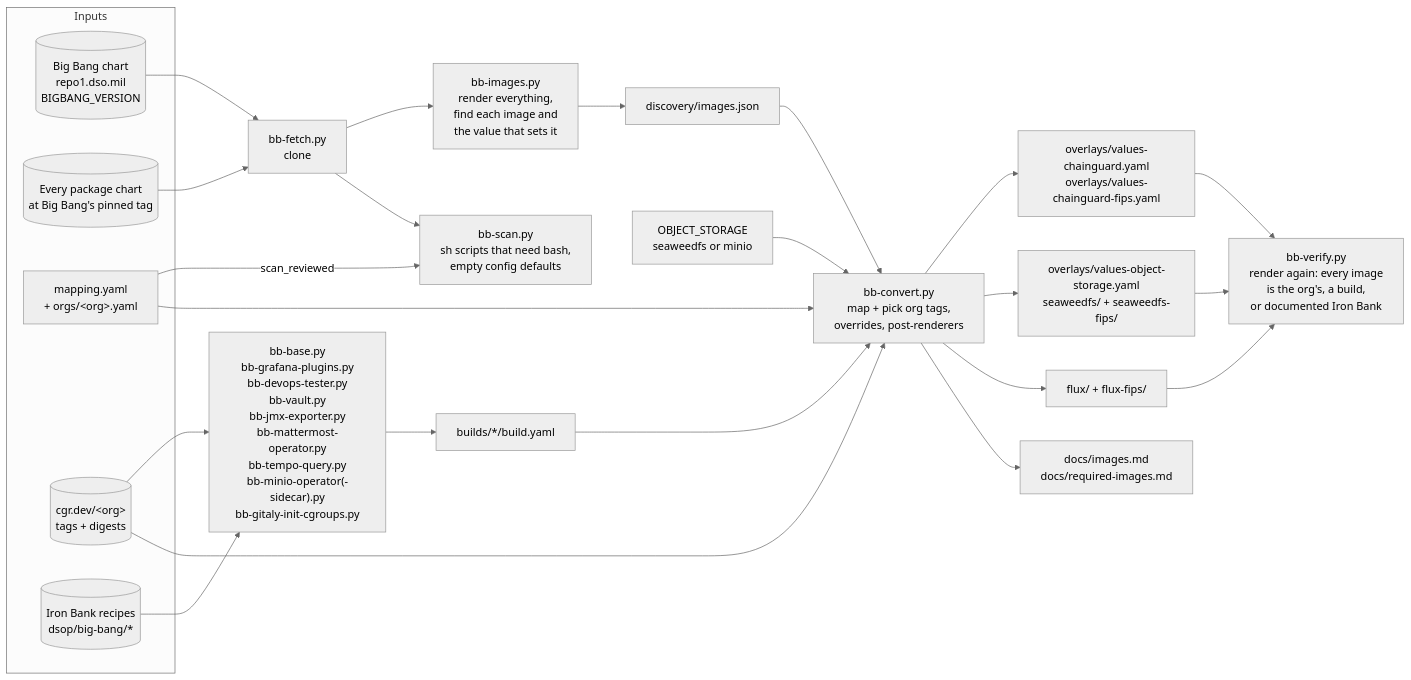
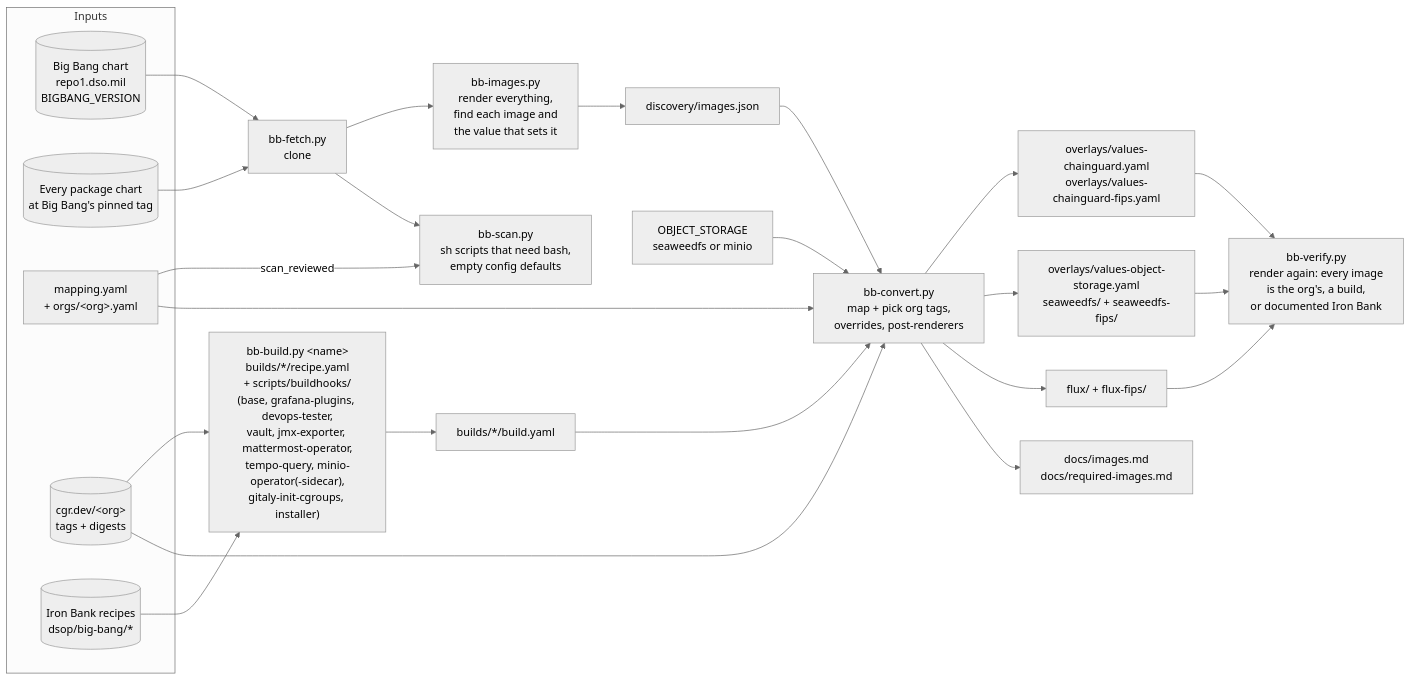
The first of 9 diagrams in docs/architecture.md (Zapata-Technology/bigbang-chainguard), drawn with Mermaid (neutral theme) before and after one commit. The commit also changed other lines of this file and 66 other files, not shown here.

First line of the commit message:
One bb-build.py driven by builds/<name>/recipe.yaml (#7) (#140)

````diff
--- a/docs/architecture.md
+++ b/docs/architecture.md
@@ -10,36 +10,36 @@
 ```mermaid
 flowchart LR
     subgraph inputs[Inputs]
         BB[(Big Bang chart<br/>repo1.dso.mil<br/>BIGBANG_VERSION)]
         PK[(Every package chart<br/>at Big Bang's pinned tag)]
         MAP[mapping.yaml<br/>+ orgs/&lt;org&gt;.yaml]
         ORG[(cgr.dev/&lt;org&gt;<br/>tags + digests)]
         IB[(Iron Bank recipes<br/>dsop/big-bang/*)]
     end
 
     BB --> F[bb-fetch.py<br/>clone]
     PK --> F
     F --> D[bb-images.py<br/>render everything,<br/>find each image and<br/>the value that sets it]
     D --> DJ[discovery/images.json]
 
-    IB --> BLD["bb-base.py<br/>bb-grafana-plugins.py<br/>bb-devops-tester.py<br/>bb-vault.py<br/>bb-jmx-exporter.py<br/>bb-mattermost-operator.py<br/>bb-tempo-query.py<br/>bb-minio-operator(-sidecar).py<br/>bb-gitaly-init-cgroups.py"]
+    IB --> BLD["bb-build.py &lt;name&gt;<br/>builds/*/recipe.yaml<br/>+ scripts/buildhooks/<br/>(base, grafana-plugins, devops-tester,<br/>vault, jmx-exporter, mattermost-operator,<br/>tempo-query, minio-operator(-sidecar),<br/>gitaly-init-cgroups, installer)"]
     ORG --> BLD
     BLD --> BY[builds/*/build.yaml]
 
     F --> SC[bb-scan.py<br/>sh scripts that need bash,<br/>empty config defaults]
     MAP -- scan_reviewed --> SC
 
     DJ --> C[bb-convert.py<br/>map + pick org tags,<br/>overrides, post-renderers]
     MAP --> C
     ORG --> C
     BY --> C
     OS[OBJECT_STORAGE<br/>seaweedfs or minio] --> C
     C --> OV[overlays/values-chainguard.yaml<br/>overlays/values-chainguard-fips.yaml]
     C --> OSO[overlays/values-object-storage.yaml<br/>seaweedfs/ + seaweedfs-fips/]
     C --> FX[flux/ + flux-fips/]
     C --> DOC[docs/images.md<br/>docs/required-images.md]
 
     OV --> V[bb-verify.py<br/>render again: every image<br/>is the org's, a build,<br/>or documented Iron Bank]
     OSO --> V
     FX --> V
 ```
````
